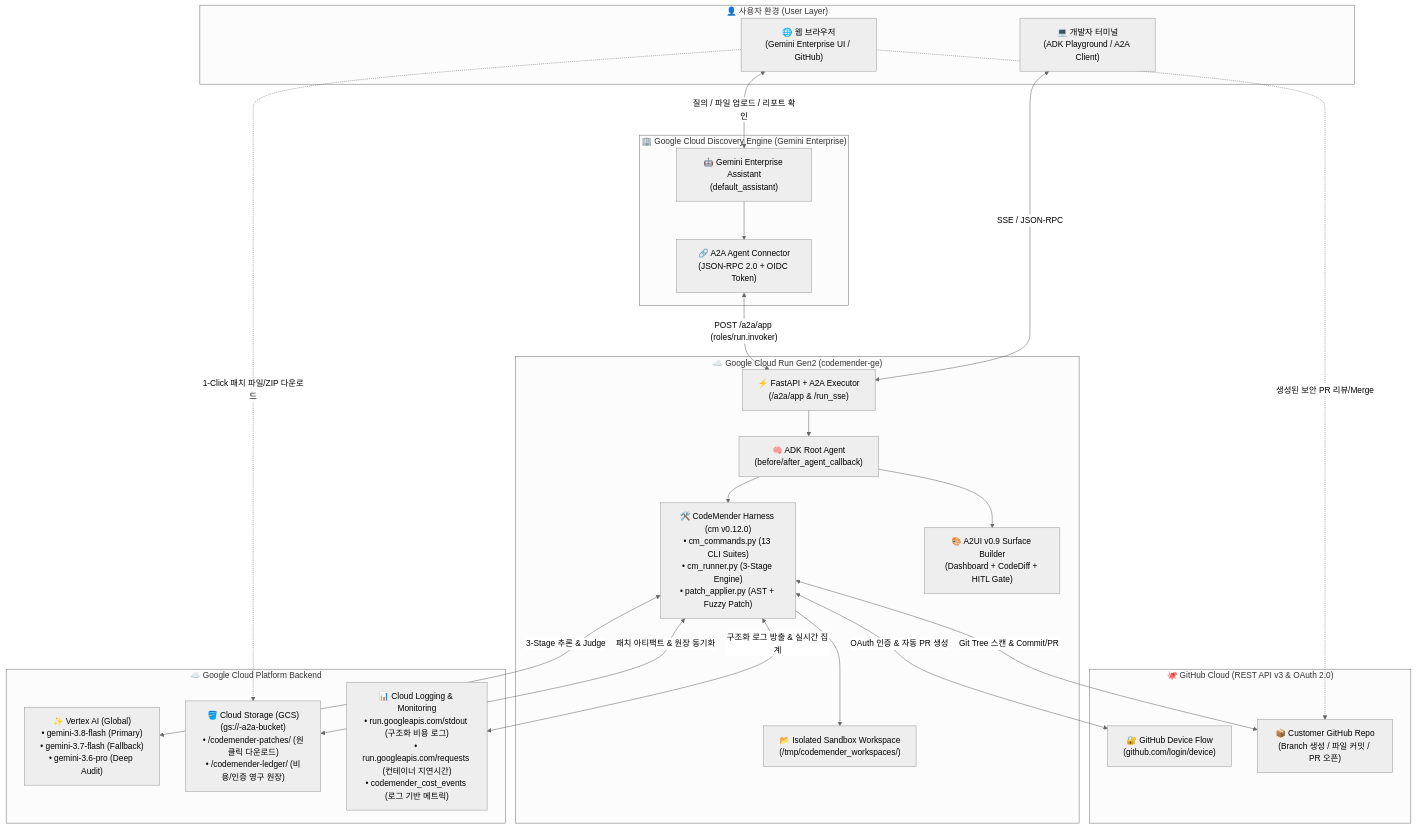
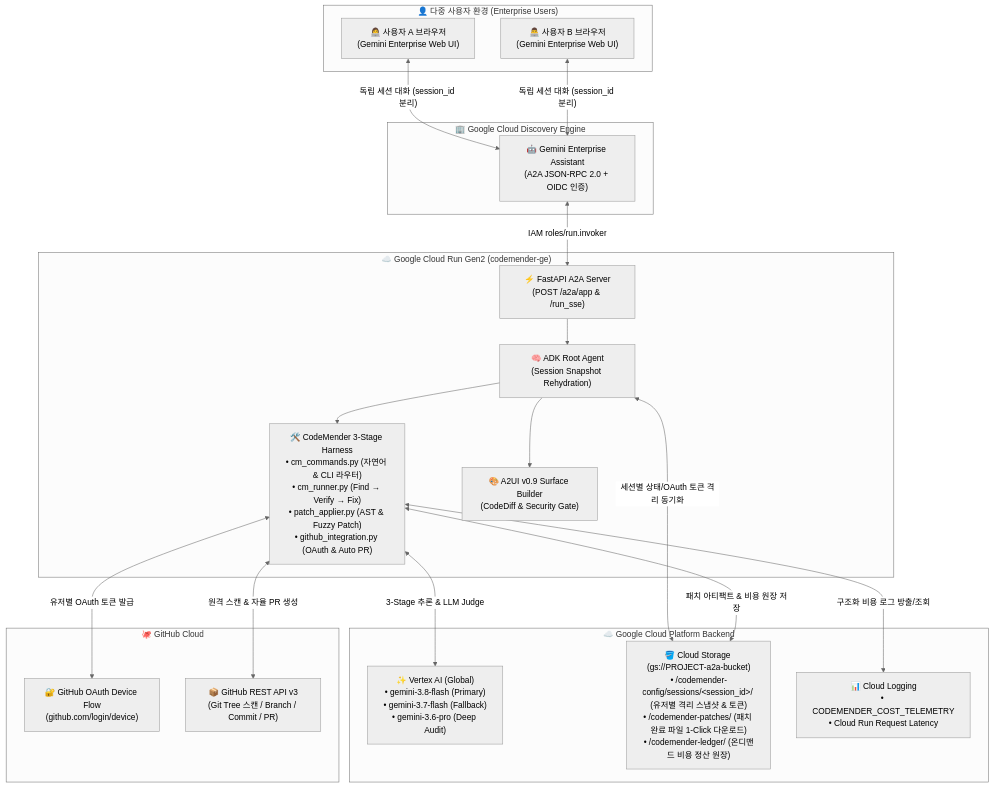
The first of 4 diagrams in README.md (ldu1225/codemender-ge), drawn with Mermaid (neutral theme) before and after one commit. The commit also changed other lines of this file and 4 other files, not shown here.

Commit message:
docs: add real Gemini Enterprise screenshots, multi-user session isolation architecture, and refined Mermaid diagrams

````diff
--- a/README.md
+++ b/README.md
@@ -58,48 +57,42 @@
 ```mermaid
 flowchart TB
-    subgraph Client["👤 사용자 환경 (User Layer)"]
-        Browser["🌐 웹 브라우저\n(Gemini Enterprise UI / GitHub)"]
-        DevCLI["💻 개발자 터미널\n(ADK Playground / A2A Client)"]
+    subgraph Users["👤 다중 사용자 환경 (Enterprise Users)"]
+        UserA["👩‍💻 사용자 A 브라우저<br/>(Gemini Enterprise Web UI)"]
+        UserB["👨‍💻 사용자 B 브라우저<br/>(Gemini Enterprise Web UI)"]
     end
 
-    subgraph GE["🏢 Google Cloud Discovery Engine (Gemini Enterprise)"]
-        GEApp["🤖 Gemini Enterprise Assistant\n(default_assistant)"]
-        A2AProxy["🔗 A2A Agent Connector\n(JSON-RPC 2.0 + OIDC Token)"]
-        GEApp --> A2AProxy
+    subgraph GE["🏢 Google Cloud Discovery Engine"]
+        Assistant["🤖 Gemini Enterprise Assistant<br/>(A2A JSON-RPC 2.0 + OIDC 인증)"]
     end
 
     subgraph CloudRun["☁️ Google Cloud Run Gen2 (codemender-ge)"]
-        FastAPI["⚡ FastAPI + A2A Executor\n(/a2a/app & /run_sse)"]
-        RootAgent["🧠 ADK Root Agent\n(before/after_agent_callback)"]
-        Harness["🛠️ CodeMender Harness (cm v0.12.0)\n• cm_commands.py (13 CLI Suites)\n• cm_runner.py (3-Stage Engine)\n• patch_applier.py (AST + Fuzzy Patch)"]
-        A2UIRenderer["🎨 A2UI v0.9 Surface Builder\n(Dashboard + CodeDiff + HITL Gate)"]
-        Workspace["📂 Isolated Sandbox Workspace\n(/tmp/codemender_workspaces/<id>)"]
+        FastAPI["⚡ FastAPI A2A Server<br/>(POST /a2a/app & /run_sse)"]
+        Agent["🧠 ADK Root Agent<br/>(Session Snapshot Rehydration)"]
+        Harness["🛠️ CodeMender 3-Stage Harness<br/>• cm_commands.py (자연어 & CLI 라우터)<br/>• cm_runner.py (Find → Verify → Fix)<br/>• patch_applier.py (AST & Fuzzy Patch)<br/>• github_integration.py (OAuth & Auto PR)"]
+        A2UI["🎨 A2UI v0.9 Surface Builder<br/>(CodeDiff & Security Gate)"]
 
-        FastAPI --> RootAgent
-        RootAgent --> Harness
-        RootAgent --> A2UIRenderer
-        Harness --> Workspace
+        FastAPI --> Agent
+        Agent --> Harness
+        Agent --> A2UI
     end
 
-    subgraph GCPServices["☁️ Google Cloud Platform Backend"]
-        VertexAI["✨ Vertex AI (Global)\n• gemini-3.8-flash (Primary)\n• gemini-3.7-flash (Fallback)\n• gemini-3.6-pro (Deep Audit)"]
-        GCS["🪣 Cloud Storage (GCS)\n(gs://<PROJECT>-a2a-bucket)\n• /codemender-patches/ (원클릭 다운로드)\n• /codemender-ledger/ (비용/인증 영구 원장)"]
-        CloudLogging["📊 Cloud Logging & Monitoring\n• run.googleapis.com/stdout (구조화 비용 로그)\n• run.googleapis.com/requests (컨테이너 지연시간)\n• codemender_cost_events (로그 기반 메트릭)"]
+    subgraph GCP["☁️ Google Cloud Platform Backend"]
+        Vertex["✨ Vertex AI (Global)<br/>• gemini-3.8-flash (Primary)<br/>• gemini-3.7-flash (Fallback)<br/>• gemini-3.6-pro (Deep Audit)"]
+        GCS["🪣 Cloud Storage (gs://PROJECT-a2a-bucket)<br/>• /codemender-config/sessions/&lt;session_id&gt;/ (유저별 격리 스냅샷 & 토큰)<br/>• /codemender-patches/ (패치 완료 파일 1-Click 다운로드)<br/>• /codemender-ledger/ (온디맨드 비용 정산 원장)"]
+        Logging["📊 Cloud Logging<br/>• CODEMENDER_COST_TELEMETRY<br/>• Cloud Run Request Latency"]
     end
 
-    subgraph GitHubCloud["🐙 GitHub Cloud (REST API v3 & OAuth 2.0)"]
-        GHOAuth["🔐 GitHub Device Flow\n(github.com/login/device)"]
-        GHRepo["📦 Customer GitHub Repo\n(Branch 생성 / 파일 커밋 / PR 오픈)"]
+    subgraph GitHub["🐙 GitHub Cloud"]
+        DeviceFlow["🔐 GitHub OAuth Device Flow<br/>(github.com/login/device)"]
+        GHAPI["📦 GitHub REST API v3<br/>(Git Tree 스캔 / Branch / Commit / PR)"]
     end
 
-    Browser <-->|"질의 / 파일 업로드 / 리포트 확인"| GEApp
-    DevCLI <-->|"SSE / JSON-RPC"| FastAPI
-    A2AProxy <-->|"POST /a2a/app (roles/run.invoker)"| FastAPI
-    Harness <-->|"3-Stage 추론 & Judge"| VertexAI
-    Harness <-->|"패치 아티팩트 & 원장 동기화"| GCS
-    Harness <-->|"구조화 로그 방출 & 실시간 집계"| CloudLogging
-    Harness <-->|"OAuth 인증 & 자동 PR 생성"| GHOAuth
-    Harness <-->|"Git Tree 스캔 & Commit/PR"| GHRepo
-    Browser -.->|"1-Click 패치 파일/ZIP 다운로드"| GCS
-    Browser -.->|"생성된 보안 PR 리뷰/Merge"| GHRepo
+    UserA & UserB <-->|"독립 세션 대화 (session_id 분리)"| Assistant
+    Assistant <-->|"IAM roles/run.invoker"| FastAPI
+    Harness <-->|"3-Stage 추론 & LLM Judge"| Vertex
+    Agent <-->|"세션별 상태/OAuth 토큰 격리 동기화"| GCS
+    Harness <-->|"패치 아티팩트 & 비용 원장 저장"| GCS
+    Harness <-->|"구조화 비용 로그 방출/조회"| Logging
+    Harness <-->|"유저별 OAuth 토큰 발급"| DeviceFlow
+    Harness <-->|"원격 스캔 & 자율 PR 생성"| GHAPI
 ```
````
